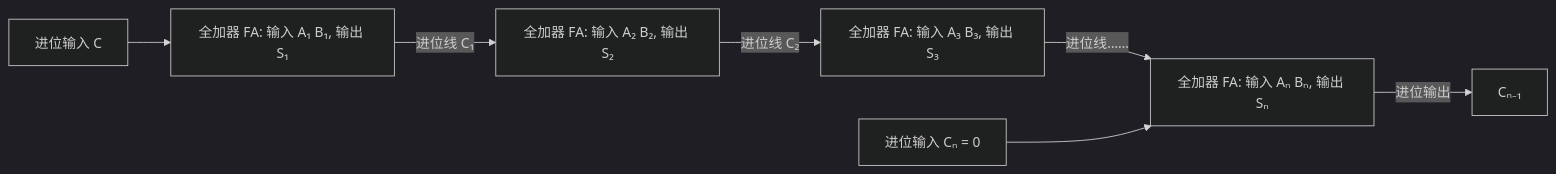
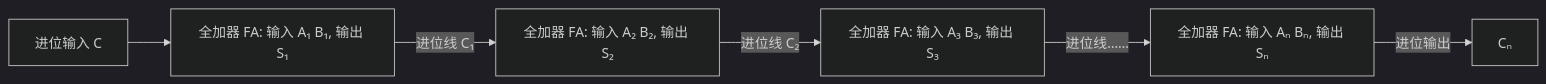
Diagram 25 of 36 in books/structure-and-interpretation-of-computer-programs/03-第3章-模块化对象和状态.md (xiehanff/trans-books-city), drawn with Mermaid (dark theme) before and after one commit. The commit also changed other lines of this file and 80 other files, not shown here.

````diff
--- a/books/structure-and-interpretation-of-computer-programs/03-第3章-模块化对象和状态.md
+++ b/books/structure-and-interpretation-of-computer-programs/03-第3章-模块化对象和状态.md
@@ -1872,9 +1882,8 @@
 ```mermaid
 flowchart LR
     CIN["进位输入 C"] --> FA1["全加器 FA: 输入 A₁ B₁, 输出 S₁"]
     FA1 -->|"进位线 C₁"| FA2["全加器 FA: 输入 A₂ B₂, 输出 S₂"]
     FA2 -->|"进位线 C₂"| FA3["全加器 FA: 输入 A₃ B₃, 输出 S₃"]
     FA3 -->|"进位线……"| FAn["全加器 FA: 输入 Aₙ Bₙ, 输出 Sₙ"]
-    ZERO["进位输入 Cₙ = 0"] --> FAn
-    FAn -->|"进位输出"| COUT["Cₙ₋₁"]
+    FAn -->|"进位输出"| COUT["Cₙ"]
 ```
````
